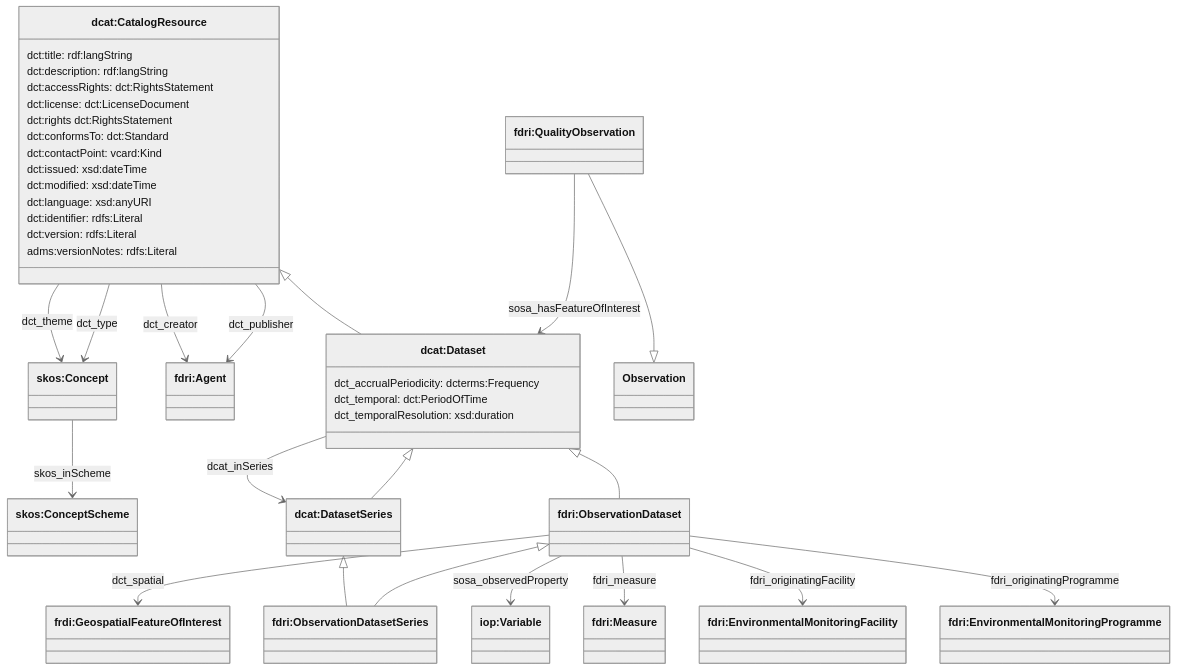
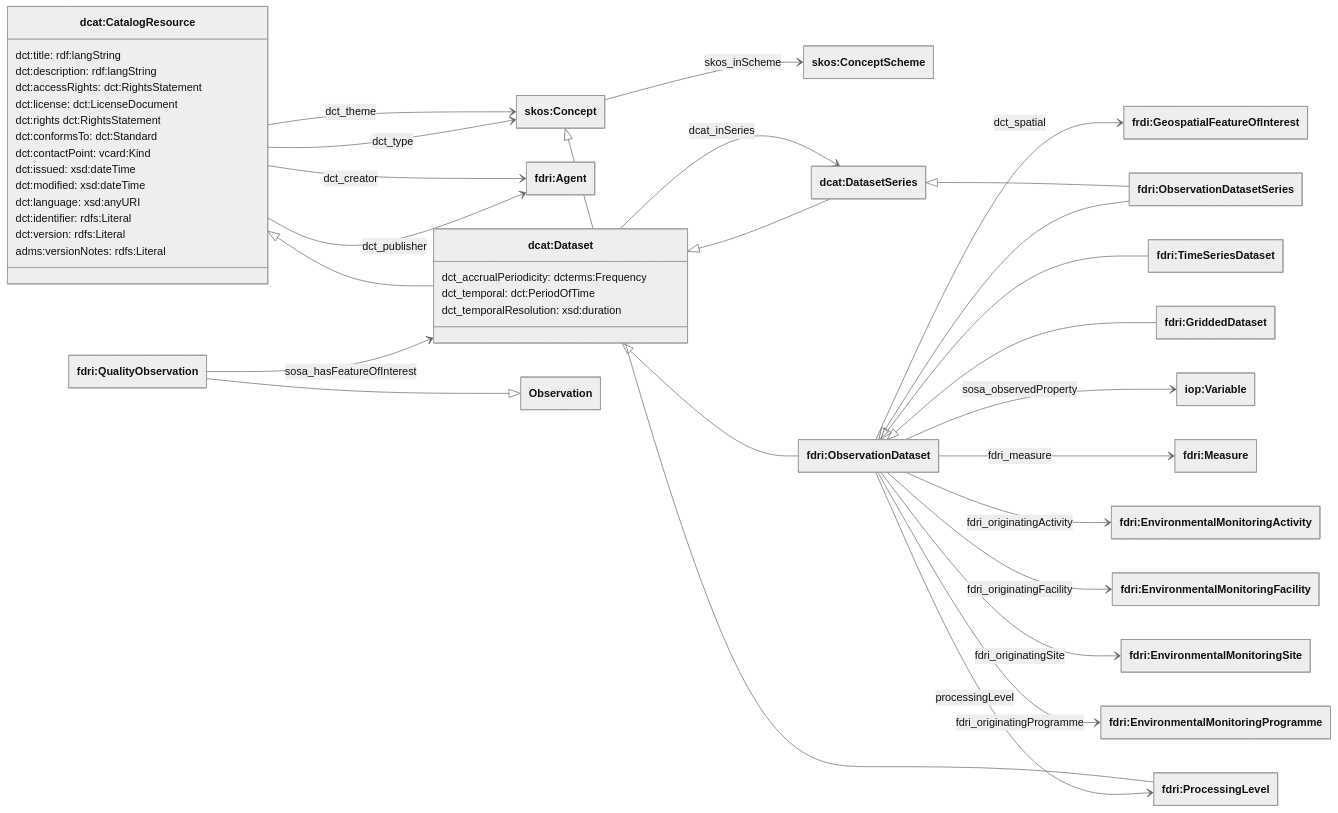
One commit to NERC-CEH/fdri-ontology changed the third of 3 diagrams in doc/high-level-catalog-structure.md. Above: the diagram before and after it, drawn with Mermaid (neutral theme). The commit also changed other lines of this file and 9 other files, not shown here.

````diff
--- a/doc/high-level-catalog-structure.md
+++ b/doc/high-level-catalog-structure.md
@@ -115,59 +123,76 @@
 ```mermaid
+---
+  config:
+    class:
+      hideEmptyMembersBox: true
+---
   classDiagram
+  direction LR
   class CatalogResource["dcat:CatalogResource"]
   class Concept["skos:Concept"]
   class ConceptScheme["skos:ConceptScheme"]
   class ObservedProperty["iop:Variable"]
   class Measure["fdri:Measure"]
   class Program["fdri:EnvironmentalMonitoringProgramme"]
   class Facility["fdri:EnvironmentalMonitoringFacility"]
+  class Site["fdri:EnvironmentalMonitoringSite"]
+  class Activity["fdri:EnvironmentalMonitoringActivity"]
   class Agent["fdri:Agent"]
   class GeospatialFeatureOfInterest["frdi:GeospatialFeatureOfInterest"]
   class QualityObservation["fdri:QualityObservation"]
   class Dataset["dcat:Dataset"]
   class ObservationDataset["fdri:ObservationDataset"]
   class ObservationDatasetSeries["fdri:ObservationDatasetSeries"]
+  class GriddedDataset["fdri:GriddedDataset"]
+  class TimeSeriesDataset["fdri:TimeSeriesDataset"]
   class DatasetSeries["dcat:DatasetSeries"]
+  class ProcessingLevel["fdri:ProcessingLevel"]
   class Dataset {
     dct_accrualPeriodicity: dcterms:Frequency
     dct_temporal: dct:PeriodOfTime
     dct_temporalResolution: xsd:duration
   }
   class CatalogResource {
     dct:title: rdf:langString
     dct:description: rdf:langString
 
     dct:accessRights: dct:RightsStatement
     dct:license: dct:LicenseDocument
     dct:rights dct:RightsStatement
 
     dct:conformsTo: dct:Standard
     dct:contactPoint: vcard:Kind
     dct:issued: xsd:dateTime
     dct:modified: xsd:dateTime
     dct:language: xsd:anyURI
     dct:identifier: rdfs:Literal
 
     dct:version: rdfs:Literal
     adms:versionNotes: rdfs:Literal
   }
 
   CatalogResource <|-- Dataset
   Concept --> ConceptScheme: skos_inScheme
+  Concept <|-- ProcessingLevel
   ObservationDataset --> GeospatialFeatureOfInterest : dct_spatial
   Dataset <|-- ObservationDataset
   DatasetSeries <|-- ObservationDatasetSeries
   ObservationDataset <|-- ObservationDatasetSeries
+  ObservationDataset <|-- TimeSeriesDataset
+  ObservationDataset <|-- GriddedDataset
   CatalogResource --> Concept: dct_theme
   ObservationDataset --> ObservedProperty: sosa_observedProperty
   ObservationDataset --> Measure: fdri_measure
+  ObservationDataset --> Activity: fdri_originatingActivity
   ObservationDataset --> Facility: fdri_originatingFacility
+  ObservationDataset --> Site: fdri_originatingSite
   ObservationDataset --> Program: fdri_originatingProgramme
+  ObservationDataset --> ProcessingLevel: processingLevel
   CatalogResource --> Agent: dct_creator
   CatalogResource --> Agent: dct_publisher
   DatasetSeries --|> Dataset
   Dataset --> DatasetSeries: dcat_inSeries
   CatalogResource --> Concept: dct_type
   QualityObservation --|> Observation
   QualityObservation --> Dataset: sosa_hasFeatureOfInterest
 ```
````
